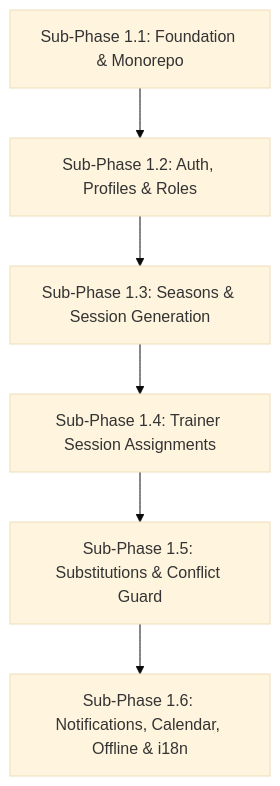
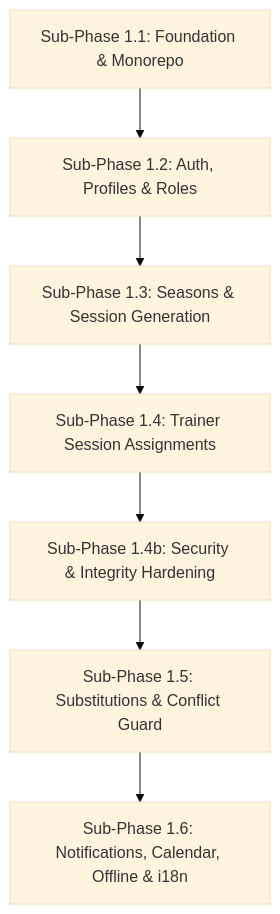
One commit to pratyuksh/pocket-coach changed the diagram in pocket-coach-wiki/wiki/codebase/implementation-plan.md. Above: the diagram before and after it, drawn with Mermaid (base theme). The commit also changed other lines of this file and 10 other files, not shown here.

First line of the commit message:
~ wiki: document Phase 1.4 hardening, add known-issues, correct implementation plan

````diff
--- a/pocket-coach-wiki/wiki/codebase/implementation-plan.md
+++ b/pocket-coach-wiki/wiki/codebase/implementation-plan.md
@@ -28,8 +29,9 @@
 ```mermaid
 flowchart TD
     SP1["Sub-Phase 1.1: Foundation & Monorepo"] --> SP2["Sub-Phase 1.2: Auth, Profiles & Roles"]
     SP2 --> SP3["Sub-Phase 1.3: Seasons & Session Generation"]
     SP3 --> SP4["Sub-Phase 1.4: Trainer Session Assignments"]
-    SP4 --> SP5["Sub-Phase 1.5: Substitutions & Conflict Guard"]
+    SP4 --> SP4B["Sub-Phase 1.4b: Security & Integrity Hardening"]
+    SP4B --> SP5["Sub-Phase 1.5: Substitutions & Conflict Guard"]
     SP5 --> SP6["Sub-Phase 1.6: Notifications, Calendar, Offline & i18n"]
 ```
````
